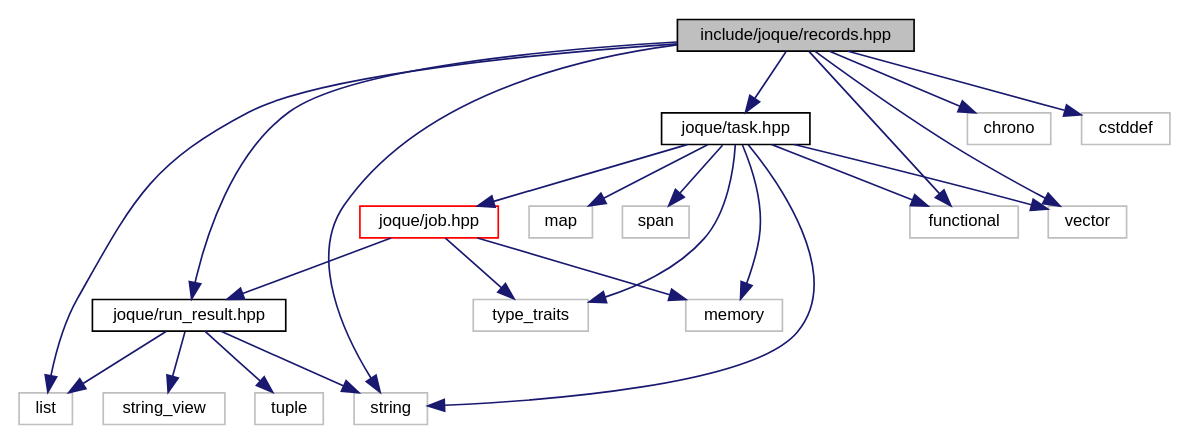
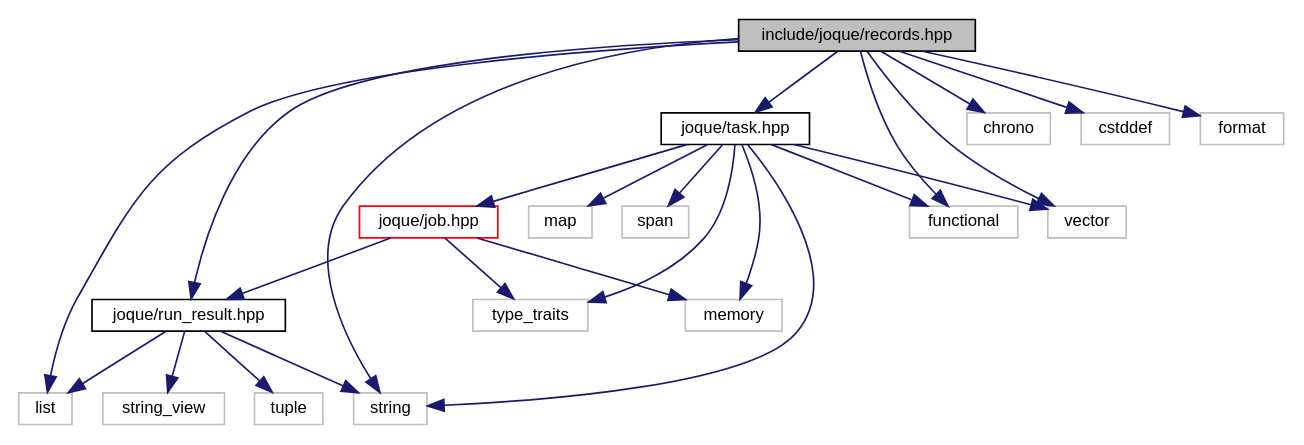
Before and after one commit to koniarik/joque: the diagram in records_8hpp__incl.dot, drawn with Graphviz. The commit also changed 217 other files, not shown here.

```diff
--- a/records_8hpp__incl.dot
+++ b/records_8hpp__incl.dot
@@ -1,45 +1,47 @@
 digraph "include/joque/records.hpp"
 {
  // LATEX_PDF_SIZE
   edge [fontname="Helvetica",fontsize="10",labelfontname="Helvetica",labelfontsize="10"];
   node [fontname="Helvetica",fontsize="10",shape=record];
   Node1 [label="include/joque/records.hpp",height=0.2,width=0.4,color="black", fillcolor="grey75", style="filled", fontcolor="black",tooltip=" "];
   Node1 -> Node2 [color="midnightblue",fontsize="10",style="solid",fontname="Helvetica"];
   Node2 [label="joque/run_result.hpp",height=0.2,width=0.4,color="black", fillcolor="white", style="filled",URL="$run__result_8hpp.html",tooltip=" "];
   Node2 -> Node3 [color="midnightblue",fontsize="10",style="solid",fontname="Helvetica"];
   Node3 [label="list",height=0.2,width=0.4,color="grey75", fillcolor="white", style="filled",tooltip=" "];
   Node2 -> Node4 [color="midnightblue",fontsize="10",style="solid",fontname="Helvetica"];
   Node4 [label="string",height=0.2,width=0.4,color="grey75", fillcolor="white", style="filled",tooltip=" "];
   Node2 -> Node5 [color="midnightblue",fontsize="10",style="solid",fontname="Helvetica"];
   Node5 [label="string_view",height=0.2,width=0.4,color="grey75", fillcolor="white", style="filled",tooltip=" "];
   Node2 -> Node6 [color="midnightblue",fontsize="10",style="solid",fontname="Helvetica"];
   Node6 [label="tuple",height=0.2,width=0.4,color="grey75", fillcolor="white", style="filled",tooltip=" "];
   Node1 -> Node7 [color="midnightblue",fontsize="10",style="solid",fontname="Helvetica"];
   Node7 [label="joque/task.hpp",height=0.2,width=0.4,color="black", fillcolor="white", style="filled",URL="$task_8hpp.html",tooltip=" "];
   Node7 -> Node8 [color="midnightblue",fontsize="10",style="solid",fontname="Helvetica"];
   Node8 [label="joque/job.hpp",height=0.2,width=0.4,color="red", fillcolor="white", style="filled",URL="$job_8hpp.html",tooltip=" "];
   Node8 -> Node2 [color="midnightblue",fontsize="10",style="solid",fontname="Helvetica"];
   Node8 -> Node10 [color="midnightblue",fontsize="10",style="solid",fontname="Helvetica"];
   Node10 [label="memory",height=0.2,width=0.4,color="grey75", fillcolor="white", style="filled",tooltip=" "];
   Node8 -> Node11 [color="midnightblue",fontsize="10",style="solid",fontname="Helvetica"];
   Node11 [label="type_traits",height=0.2,width=0.4,color="grey75", fillcolor="white", style="filled",tooltip=" "];
   Node7 -> Node12 [color="midnightblue",fontsize="10",style="solid",fontname="Helvetica"];
   Node12 [label="functional",height=0.2,width=0.4,color="grey75", fillcolor="white", style="filled",tooltip=" "];
   Node7 -> Node13 [color="midnightblue",fontsize="10",style="solid",fontname="Helvetica"];
   Node13 [label="map",height=0.2,width=0.4,color="grey75", fillcolor="white", style="filled",tooltip=" "];
   Node7 -> Node10 [color="midnightblue",fontsize="10",style="solid",fontname="Helvetica"];
   Node7 -> Node14 [color="midnightblue",fontsize="10",style="solid",fontname="Helvetica"];
   Node14 [label="span",height=0.2,width=0.4,color="grey75", fillcolor="white", style="filled",tooltip=" "];
   Node7 -> Node4 [color="midnightblue",fontsize="10",style="solid",fontname="Helvetica"];
   Node7 -> Node11 [color="midnightblue",fontsize="10",style="solid",fontname="Helvetica"];
   Node7 -> Node15 [color="midnightblue",fontsize="10",style="solid",fontname="Helvetica"];
   Node15 [label="vector",height=0.2,width=0.4,color="grey75", fillcolor="white", style="filled",tooltip=" "];
   Node1 -> Node16 [color="midnightblue",fontsize="10",style="solid",fontname="Helvetica"];
   Node16 [label="chrono",height=0.2,width=0.4,color="grey75", fillcolor="white", style="filled",tooltip=" "];
   Node1 -> Node17 [color="midnightblue",fontsize="10",style="solid",fontname="Helvetica"];
   Node17 [label="cstddef",height=0.2,width=0.4,color="grey75", fillcolor="white", style="filled",tooltip=" "];
+  Node1 -> Node18 [color="midnightblue",fontsize="10",style="solid",fontname="Helvetica"];
+  Node18 [label="format",height=0.2,width=0.4,color="grey75", fillcolor="white", style="filled",tooltip=" "];
   Node1 -> Node12 [color="midnightblue",fontsize="10",style="solid",fontname="Helvetica"];
   Node1 -> Node3 [color="midnightblue",fontsize="10",style="solid",fontname="Helvetica"];
   Node1 -> Node4 [color="midnightblue",fontsize="10",style="solid",fontname="Helvetica"];
   Node1 -> Node15 [color="midnightblue",fontsize="10",style="solid",fontname="Helvetica"];
 }
```
